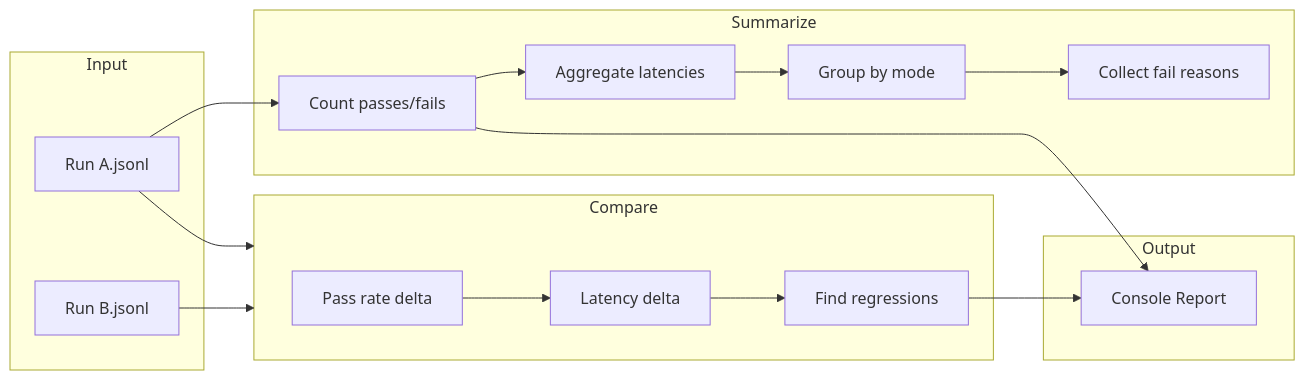
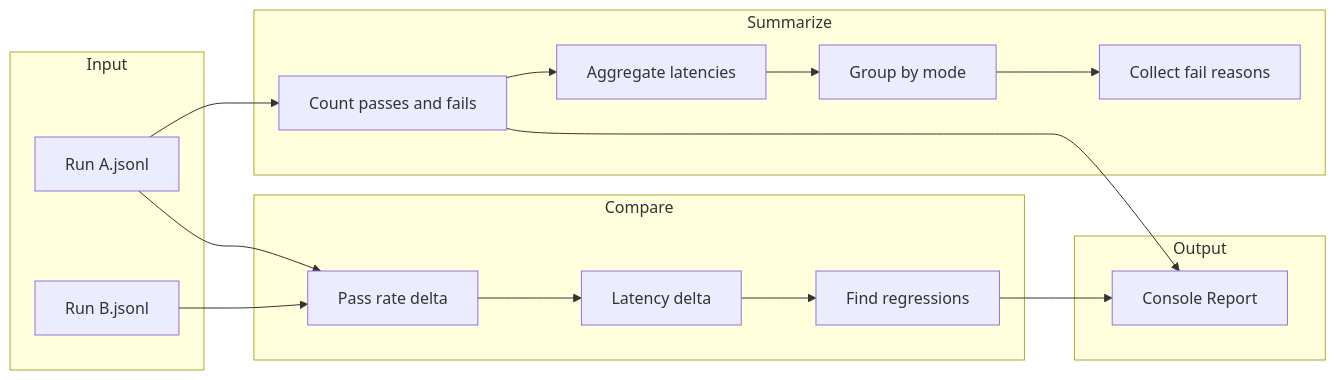
The fourth of 4 diagrams in eval/EVALUATION_SUITE_DOC.md (Breysel/concierge-plus), drawn with Mermaid before and after one commit. The commit also changed other lines of this file, not shown here.

````diff
--- a/eval/EVALUATION_SUITE_DOC.md
+++ b/eval/EVALUATION_SUITE_DOC.md
@@ -357,30 +356,30 @@
 ```mermaid
 flowchart LR
     subgraph Input
-        JSONL1[Run A.jsonl]
-        JSONL2[Run B.jsonl]
+        JSONL1["Run A.jsonl"]
+        JSONL2["Run B.jsonl"]
     end
 
     subgraph Summarize
-        S1[Count passes/fails]
-        S2[Aggregate latencies]
-        S3[Group by mode]
-        S4[Collect fail reasons]
+        S1["Count passes and fails"]
+        S2["Aggregate latencies"]
+        S3["Group by mode"]
+        S4["Collect fail reasons"]
     end
 
     subgraph Compare
-        C1[Pass rate delta]
-        C2[Latency delta]
-        C3[Find regressions]
+        C1["Pass rate delta"]
+        C2["Latency delta"]
+        C3["Find regressions"]
     end
 
     subgraph Output
-        CONSOLE[Console Report]
+        CONSOLE["Console Report"]
     end
 
     JSONL1 --> S1 --> CONSOLE
     S1 --> S2 --> S3 --> S4
-    JSONL1 --> Compare
-    JSONL2 --> Compare
+    JSONL1 --> C1
+    JSONL2 --> C1
     C1 --> C2 --> C3 --> CONSOLE
 ```
````
